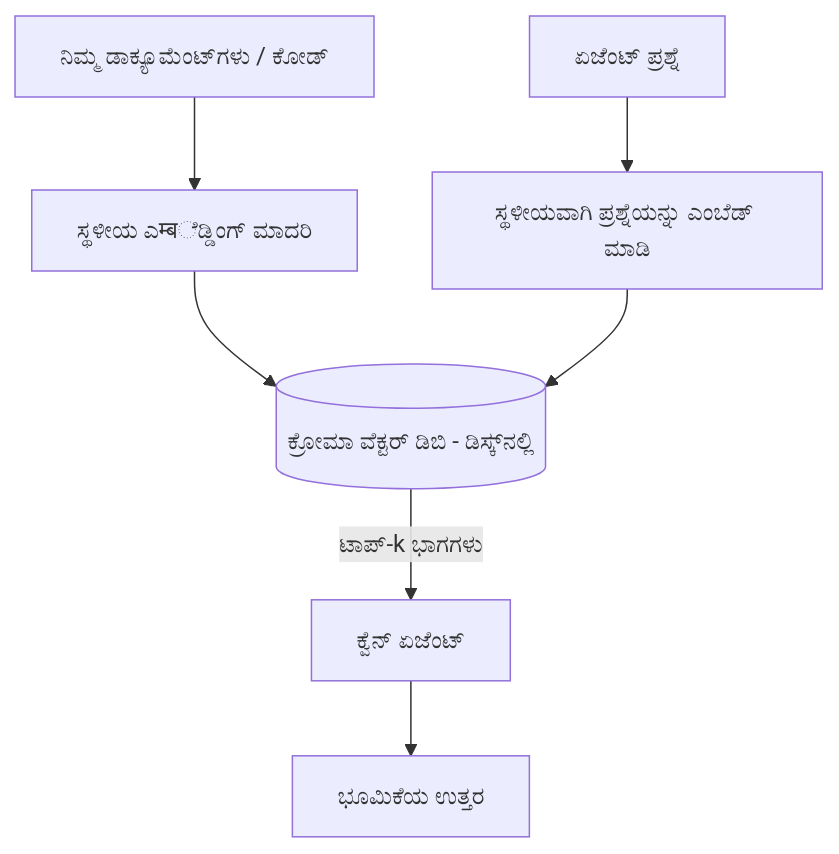
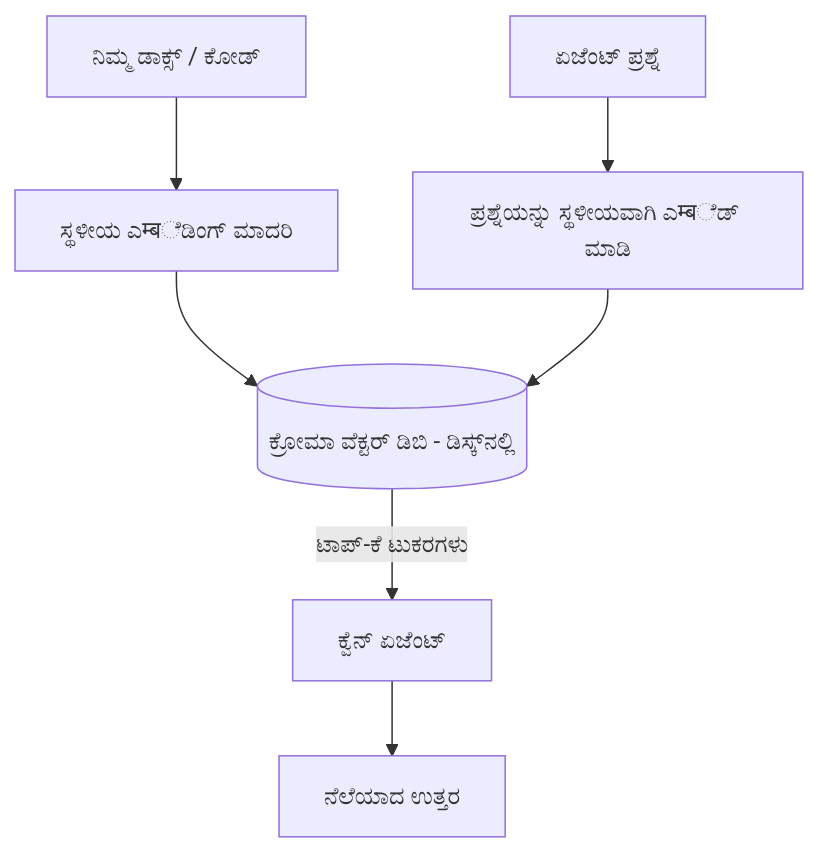
The third of 4 diagrams in translations/kn/17-creating-local-ai-agents/README.md (microsoft/ai-agents-for-beginners), drawn with Mermaid before and after one commit. The commit also changed other lines of this file and 43 other files, not shown here.

````diff
--- a/translations/kn/17-creating-local-ai-agents/README.md
+++ b/translations/kn/17-creating-local-ai-agents/README.md
@@ -125,9 +125,9 @@
 ```mermaid
 flowchart TB
-    D[ನಿಮ್ಮ ಡಾಕ್ಯೂಮೆಂಟ್‌ಗಳು / ಕೋಡ್] --> E[ಸ್ಥಳೀಯ ಎम्बೆಡ್ಡಿಂಗ್ ಮಾದರಿ]
+    D[ನಿಮ್ಮ ಡಾಕ್ಸ್ / ಕೋಡ್] --> E[ಸ್ಥಳೀಯ ಎम्बೆಡಿಂಗ್ ಮಾದರಿ]
     E --> V[(ಕ್ರೋಮಾ ವೆಕ್ಟರ್ ಡಿಬಿ - ಡಿಸ್ಕ್‌ನಲ್ಲಿ)]
-    Q[ಏಜೆಂಟ್ ಪ್ರಶ್ನೆ] --> QE[ಸ್ಥಳೀಯವಾಗಿ ಪ್ರಶ್ನೆಯನ್ನು ಎಂಬೆಡ್ ಮಾಡಿ]
+    Q[ಏಜೆಂಟ್ ಪ್ರಶ್ನೆ] --> QE[ಪ್ರಶ್ನೆಯನ್ನು ಸ್ಥಳೀಯವಾಗಿ ಎम्बೆಡ್ ಮಾಡಿ]
     QE --> V
-    V -->|ಟಾಪ್-k ಭಾಗಗಳು| A[ಕ್ವೆನ್ ಏಜೆಂಟ್]
-    A --> Ans[ಭೂಮಿಕೆಯ ಉತ್ತರ]
+    V -->|ಟಾಪ್-ಕೆ ಟುಕರಗಳು| A[ಕ್ವೆನ್ ಏಜೆಂಟ್]
+    A --> Ans[ನೆಲೆಯಾದ ಉತ್ತರ]
 ```
````
